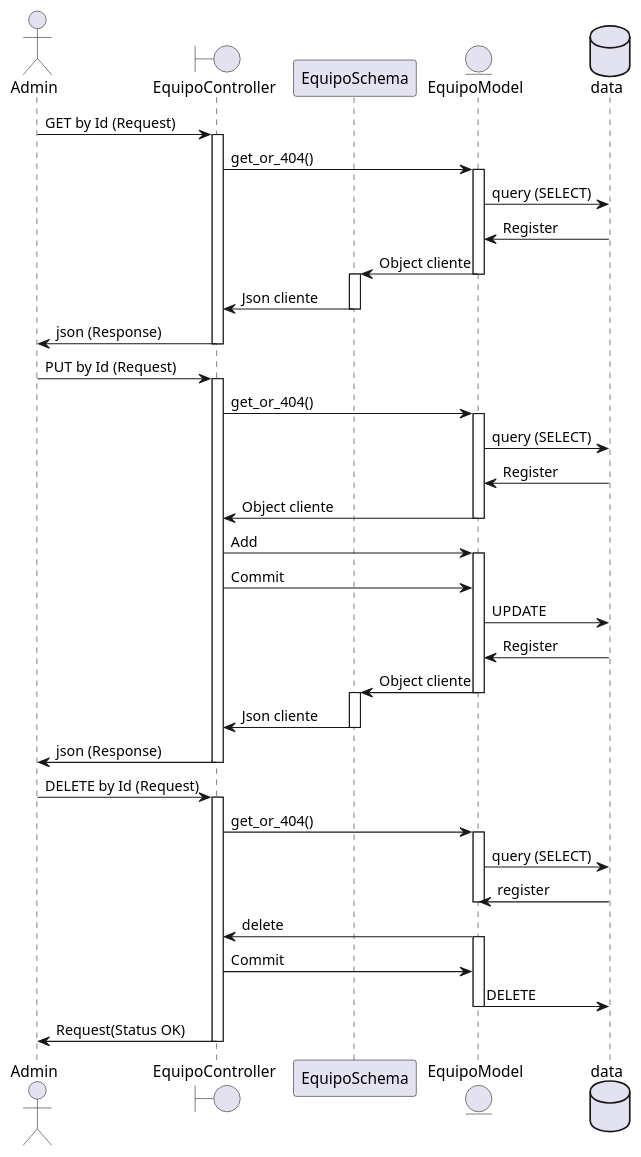
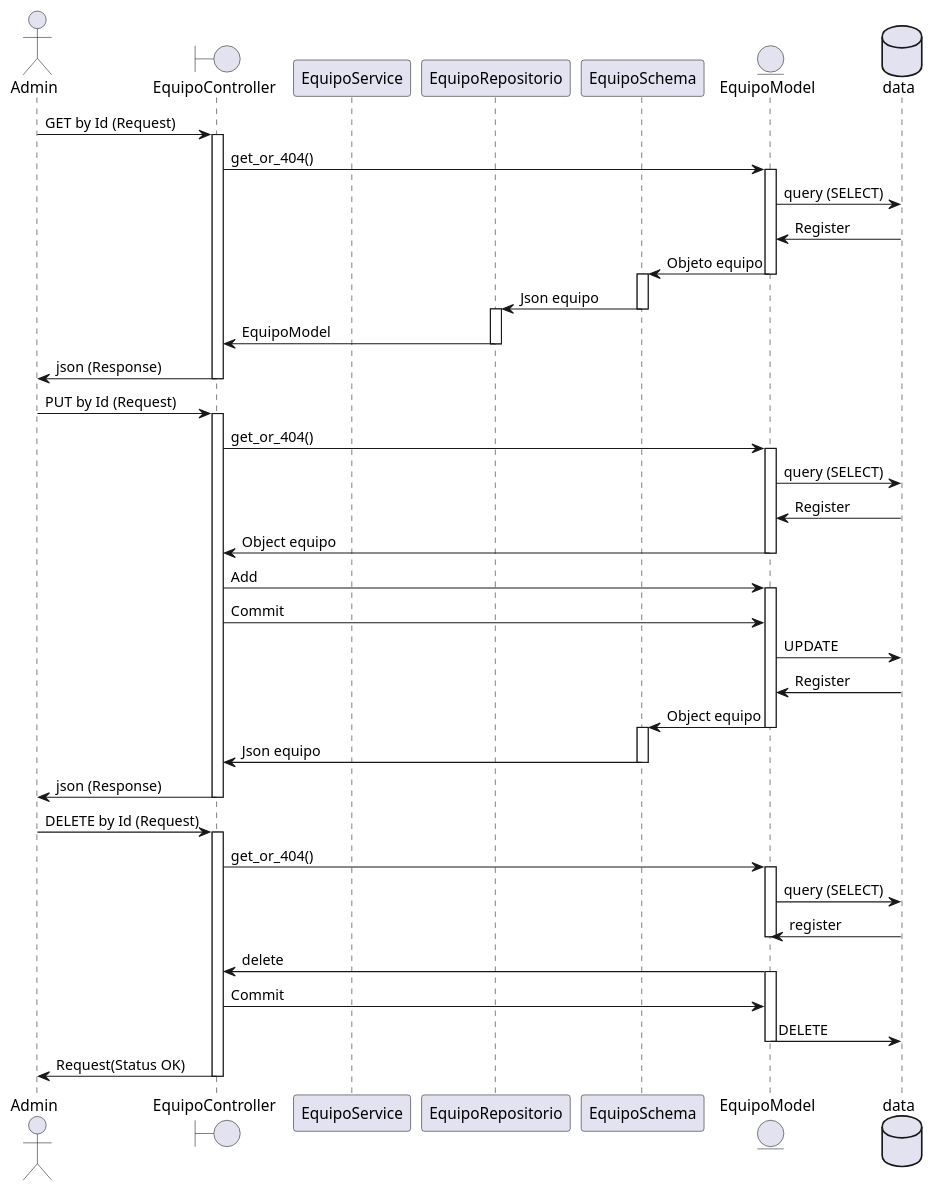
One commit to GastonFenske/Bookmaker-DS changed the diagram in docs/diagrama_secuencia_equipo.puml. Above: the diagram before and after it, drawn with PlantUML. The commit also changed 4 other files, not shown here.

Commit message:
diagramas listos

```diff
--- a/docs/diagrama_secuencia_equipo.puml
+++ b/docs/diagrama_secuencia_equipo.puml
@@ -1,59 +1,64 @@
 @startuml
 
 actor Admin
 boundary EquipoController
+participant EquipoService
+participant EquipoRepositorio
 participant EquipoSchema
 entity EquipoModel
 database data
 
 Admin -> EquipoController: GET by Id (Request)
 activate EquipoController
 EquipoController -> EquipoModel: get_or_404()
 activate EquipoModel
 EquipoModel -> data: query (SELECT)
 EquipoModel <- data: Register
-EquipoSchema <- EquipoModel: Object cliente
+EquipoSchema <- EquipoModel: Objeto equipo
 deactivate EquipoModel
 activate EquipoSchema
-EquipoController <- EquipoSchema: Json cliente
+EquipoRepositorio <- EquipoSchema: Json equipo
 deactivate EquipoSchema
+activate EquipoRepositorio
+EquipoController <- EquipoRepositorio: EquipoModel
+deactivate EquipoRepositorio
 Admin <- EquipoController: json (Response)
 deactivate EquipoController
 
 Admin -> EquipoController: PUT by Id (Request)
 activate EquipoController
 EquipoController -> EquipoModel: get_or_404()
 activate EquipoModel
 EquipoModel -> data: query (SELECT)
 EquipoModel <- data: Register
-EquipoController <- EquipoModel: Object cliente
+EquipoController <- EquipoModel: Object equipo
 deactivate EquipoModel
 EquipoController -> EquipoModel: Add
 activate EquipoModel
 EquipoController -> EquipoModel: Commit
 EquipoModel -> data: UPDATE
 EquipoModel <- data: Register
-EquipoSchema <- EquipoModel: Object cliente
+EquipoSchema <- EquipoModel: Object equipo
 deactivate EquipoModel
 activate EquipoSchema
-EquipoController <- EquipoSchema: Json cliente
+EquipoController <- EquipoSchema: Json equipo
 deactivate EquipoSchema
 Admin <- EquipoController: json (Response)
 deactivate EquipoController
 
 Admin -> EquipoController: DELETE by Id (Request)
 activate EquipoController
 EquipoController-> EquipoModel: get_or_404()
 activate EquipoModel
 EquipoModel -> data: query (SELECT)
 EquipoModel <- data: register
 deactivate EquipoModel
 EquipoController <- EquipoModel: delete
 activate EquipoModel
 EquipoController -> EquipoModel: Commit
 EquipoModel -> data: DELETE
 deactivate EquipoModel
 Admin <- EquipoController: Request(Status OK)
 deactivate EquipoController
 
 @enduml
```
